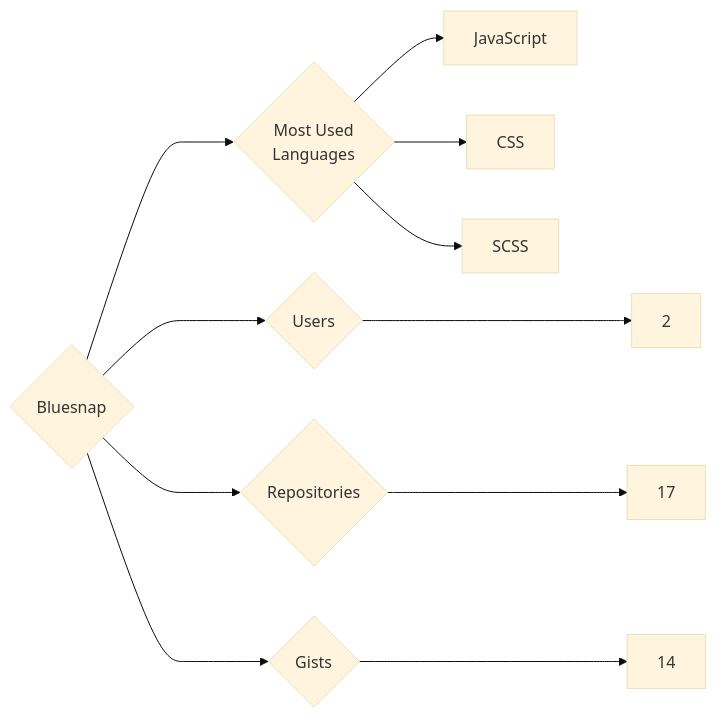
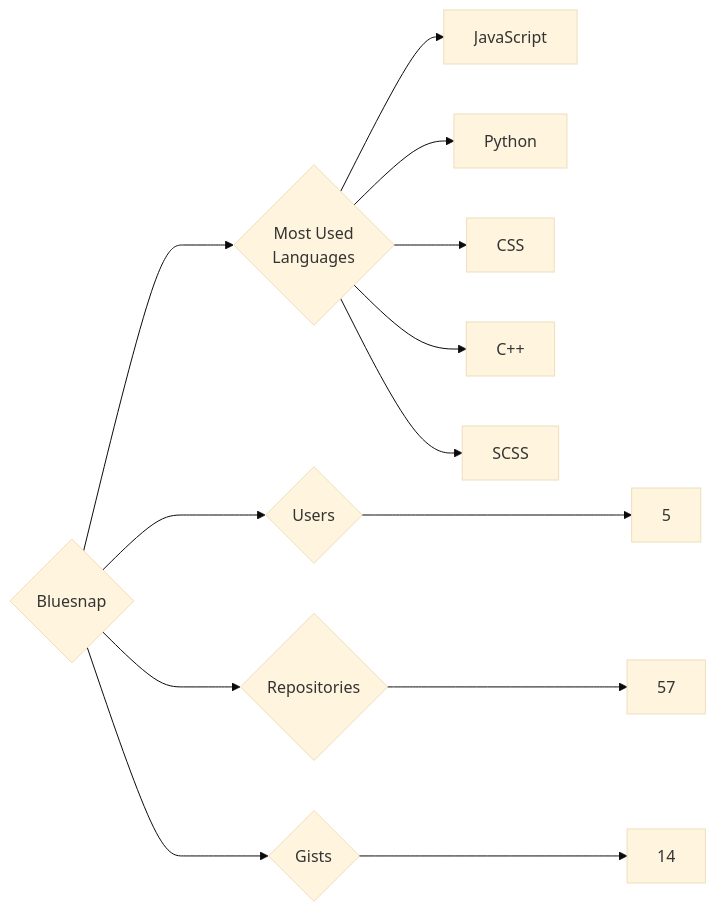
The diagram in targets/Bluesnap/README.md (trickest/insiders), drawn with Mermaid (base theme) before and after one commit. The commit also changed 752 other files, not shown here.

````diff
--- a/targets/Bluesnap/README.md
+++ b/targets/Bluesnap/README.md
@@ -3,11 +3,13 @@
 ```mermaid
 graph LR
 COMPANY_NAME{Bluesnap}
-COMPANY_NAME ---> U{Users} ---> UN[2]
-COMPANY_NAME ---> R{Repositories} ---> RN[17]
+COMPANY_NAME ---> U{Users} ---> UN[5]
+COMPANY_NAME ---> R{Repositories} ---> RN[57]
 COMPANY_NAME ---> G{Gists} ---> GN[14]
 COMPANY_NAME ---> ML{Most Used<br>Languages}
 ML --> JavaScript[JavaScript]
+ML --> Python[Python]
 ML --> CSS[CSS]
+ML --> C++[C++]
 ML --> SCSS[SCSS]
 ```
````
